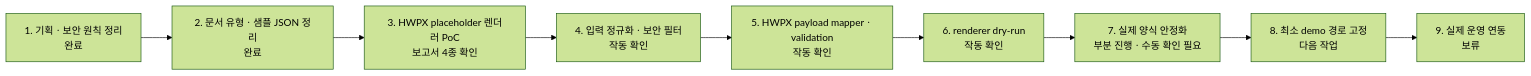
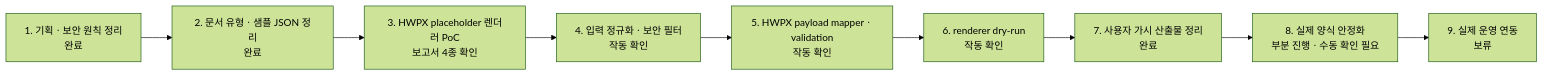
The diagram in CURRENT_STATUS.md (Polcoding/---), drawn with Mermaid (forest theme) before and after one commit. The commit also changed other lines of this file and 15 other files, not shown here.

````diff
--- a/CURRENT_STATUS.md
+++ b/CURRENT_STATUS.md
@@ -24,11 +24,11 @@
 ```mermaid
 flowchart LR
     A["1. 기획ㆍ보안 원칙 정리<br/>완료"] --> B["2. 문서 유형ㆍ샘플 JSON 정리<br/>완료"]
     B --> C["3. HWPX placeholder 렌더러 PoC<br/>보고서 4종 확인"]
     C --> D["4. 입력 정규화ㆍ보안 필터<br/>작동 확인"]
     D --> E["5. HWPX payload mapperㆍvalidation<br/>작동 확인"]
     E --> F["6. renderer dry-run<br/>작동 확인"]
-    F --> G["7. 실제 양식 안정화<br/>부분 진행ㆍ수동 확인 필요"]
-    G --> H["8. 최소 demo 경로 고정<br/>다음 작업"]
+    F --> G["7. 사용자 가시 산출물 정리<br/>완료"]
+    G --> H["8. 실제 양식 안정화<br/>부분 진행ㆍ수동 확인 필요"]
     H --> I["9. 실제 운영 연동<br/>보류"]
 ```
````
